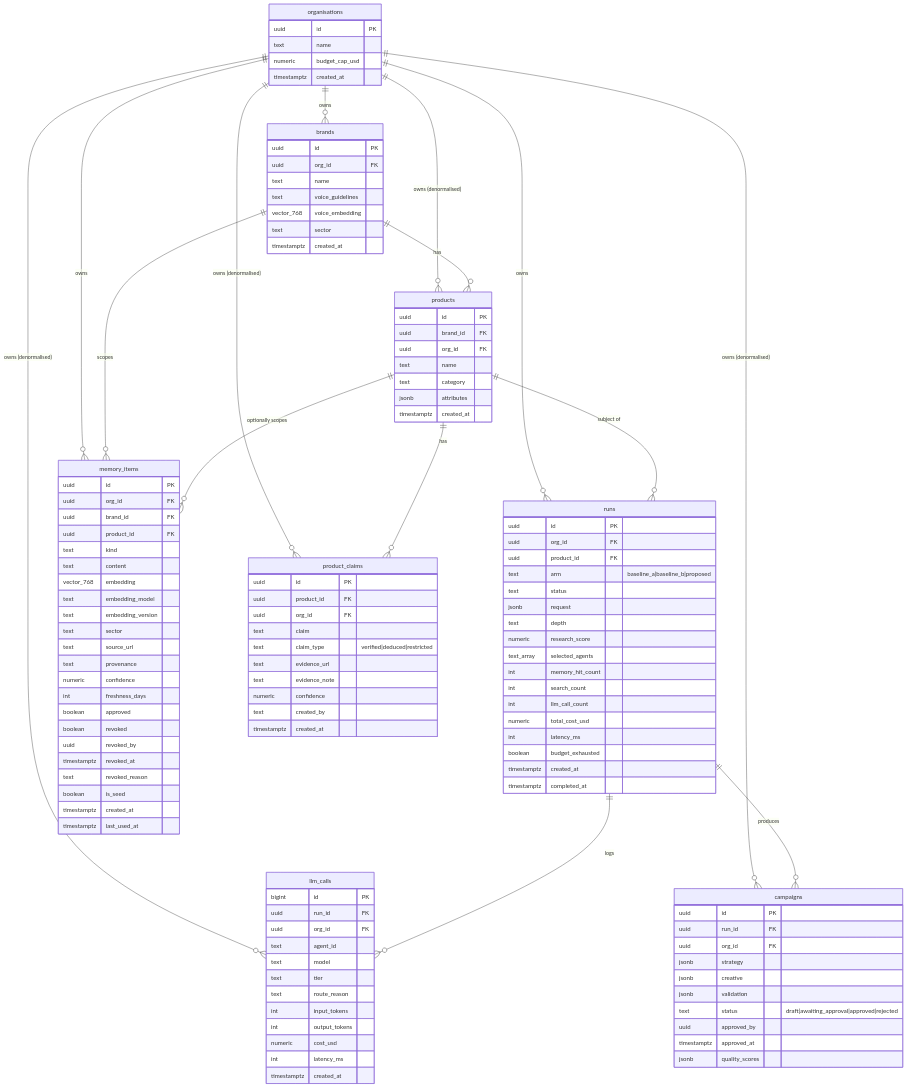
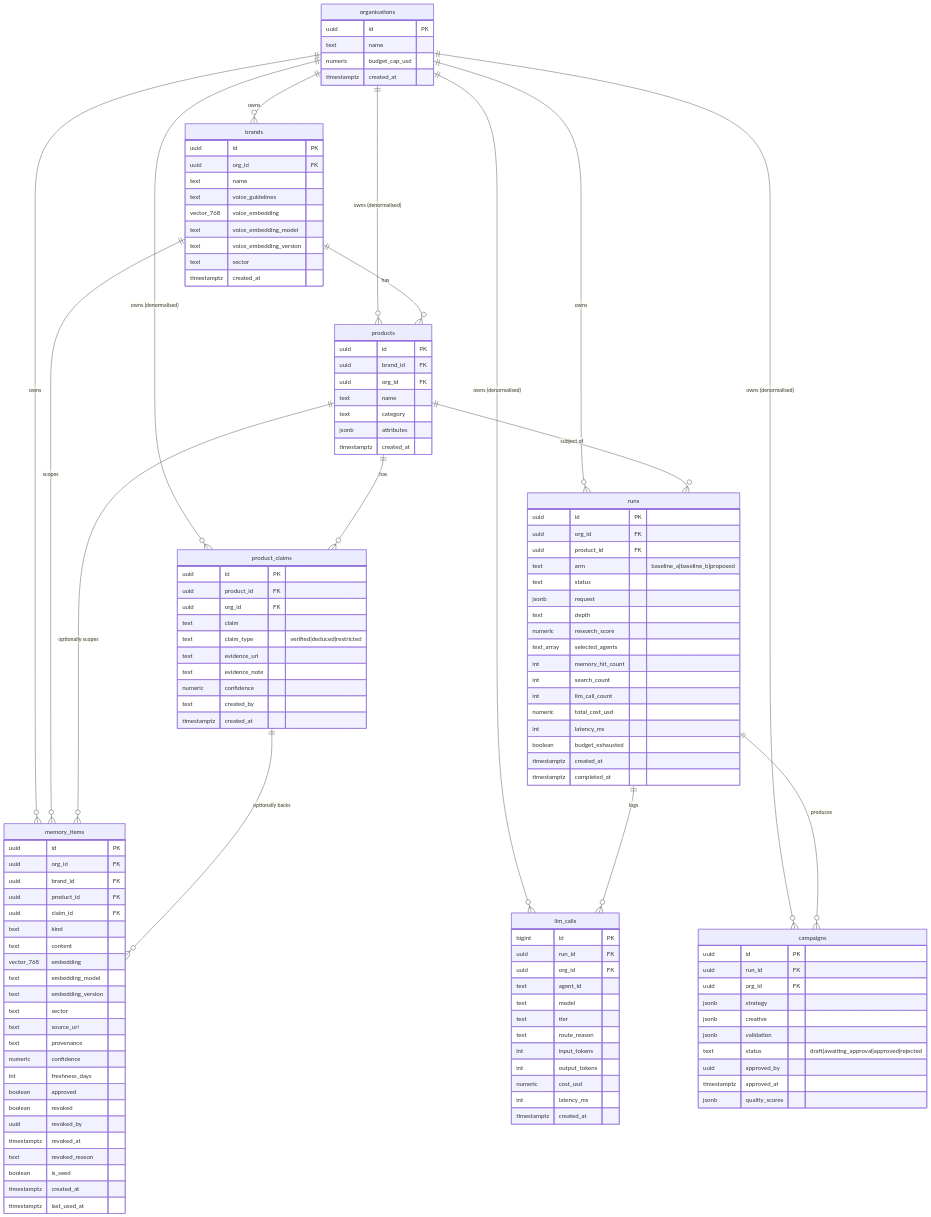
The diagram in docs/erd.md (Datta23-s/brandverse-ai), drawn with Mermaid before and after one commit. The commit also changed other lines of this file and 2 other files, not shown here.

First line of the commit message:
docs(phase-0): accept E3, E5, E7; make ERD canonical; record eval decisions

```diff
--- a/docs/erd.md
+++ b/docs/erd.md
@@ -25,6 +25,7 @@
   products ||--o{ product_claims : has
   products ||--o{ runs : "subject of"
   products ||--o{ memory_items : "optionally scopes"
+  product_claims ||--o{ memory_items : "optionally backs"
   runs ||--o{ llm_calls : logs
   runs ||--o{ campaigns : produces
 
@@ -40,6 +41,8 @@
     text name
     text voice_guidelines
     vector_768 voice_embedding
+    text voice_embedding_model
+    text voice_embedding_version
     text sector
     timestamptz created_at
   }
@@ -102,6 +105,7 @@
     uuid org_id FK
     uuid brand_id FK
     uuid product_id FK
+    uuid claim_id FK
     text kind
     text content
     vector_768 embedding
```
